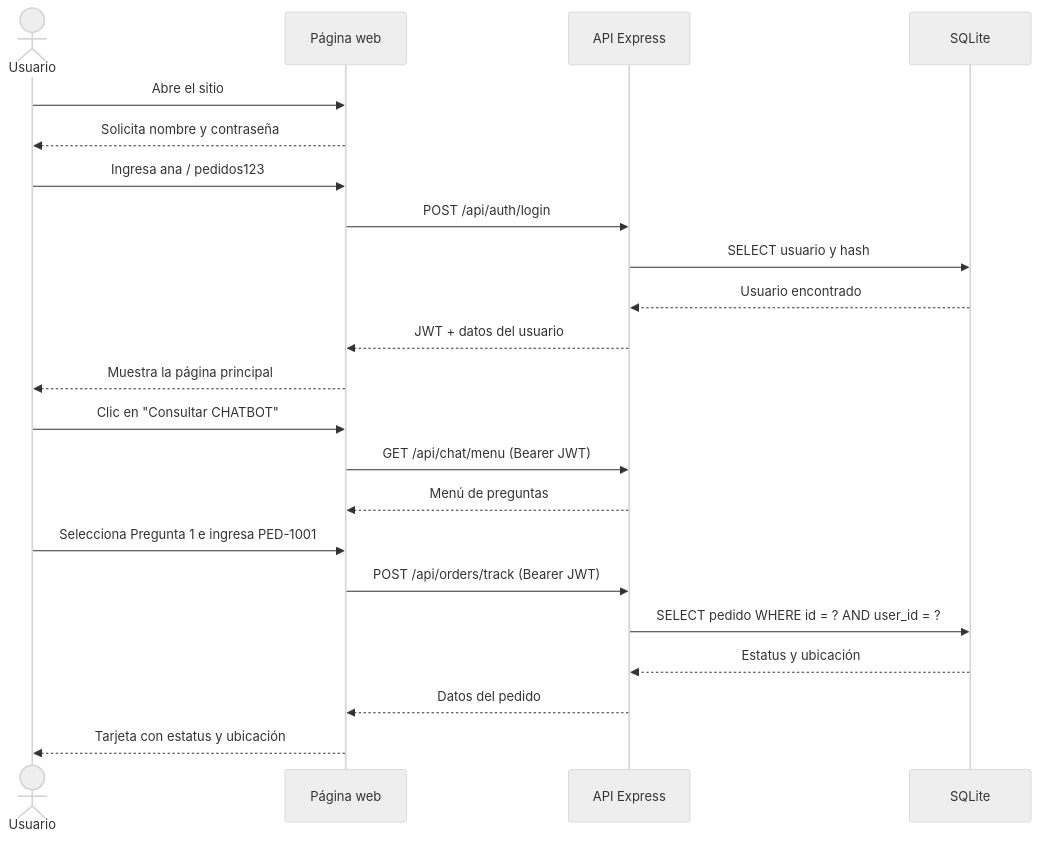
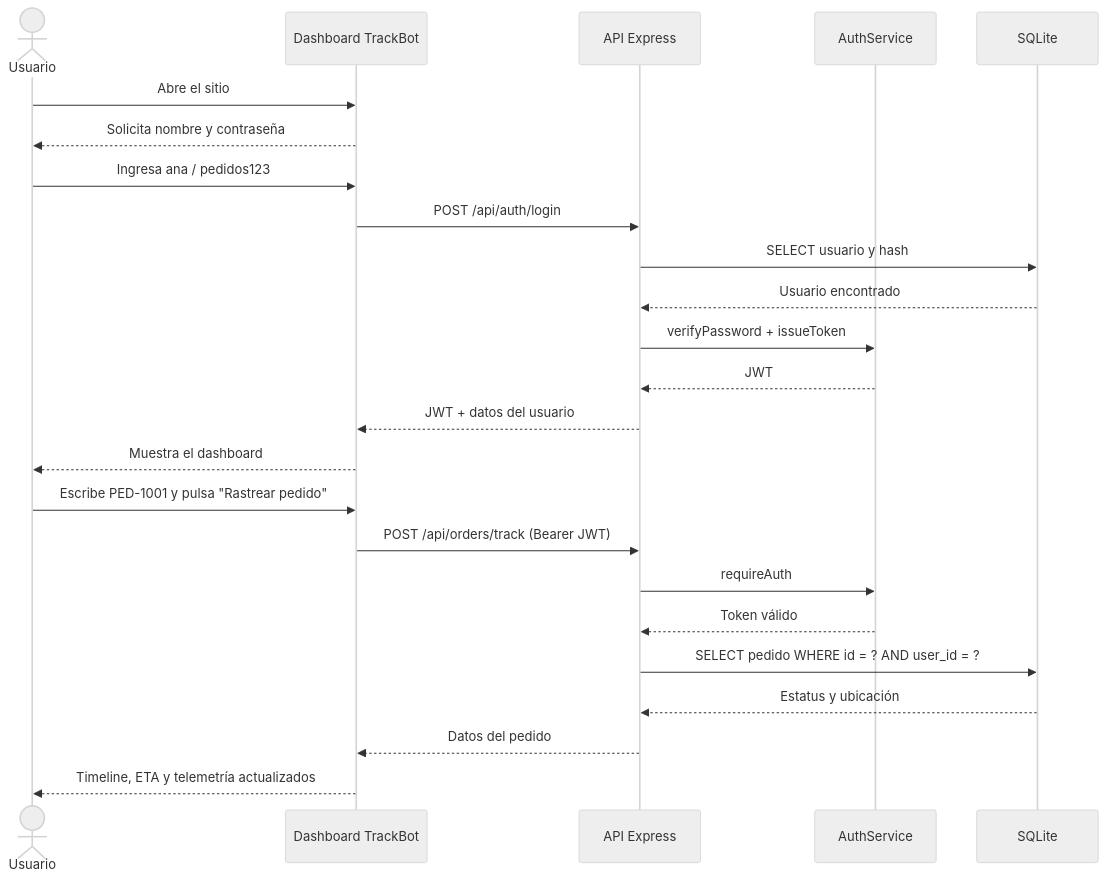
Before and after one commit to MelanyFT/Entrega-Parcial: the seventh of 8 diagrams in docs/diagramas.md, drawn with Mermaid (neutral theme). The commit also changed other lines of this file and 15 other files, not shown here.

````diff
--- a/docs/diagramas.md
+++ b/docs/diagramas.md
@@ -69,25 +541,27 @@
 ```mermaid
 sequenceDiagram
   actor Usuario
-  participant Pagina as Página web
+  participant Pagina as Dashboard TrackBot
   participant API as API Express
+  participant Auth as AuthService
   participant DB as SQLite
 
   Usuario->>Pagina: Abre el sitio
   Pagina-->>Usuario: Solicita nombre y contraseña
   Usuario->>Pagina: Ingresa ana / pedidos123
   Pagina->>API: POST /api/auth/login
   API->>DB: SELECT usuario y hash
   DB-->>API: Usuario encontrado
+  API->>Auth: verifyPassword + issueToken
+  Auth-->>API: JWT
   API-->>Pagina: JWT + datos del usuario
-  Pagina-->>Usuario: Muestra la página principal
-  Usuario->>Pagina: Clic en "Consultar CHATBOT"
-  Pagina->>API: GET /api/chat/menu (Bearer JWT)
-  API-->>Pagina: Menú de preguntas
-  Usuario->>Pagina: Selecciona Pregunta 1 e ingresa PED-1001
+  Pagina-->>Usuario: Muestra el dashboard
+  Usuario->>Pagina: Escribe PED-1001 y pulsa "Rastrear pedido"
   Pagina->>API: POST /api/orders/track (Bearer JWT)
+  API->>Auth: requireAuth
+  Auth-->>API: Token válido
   API->>DB: SELECT pedido WHERE id = ? AND user_id = ?
   DB-->>API: Estatus y ubicación
   API-->>Pagina: Datos del pedido
-  Pagina-->>Usuario: Tarjeta con estatus y ubicación
+  Pagina-->>Usuario: Timeline, ETA y telemetría actualizados
 ```
````
